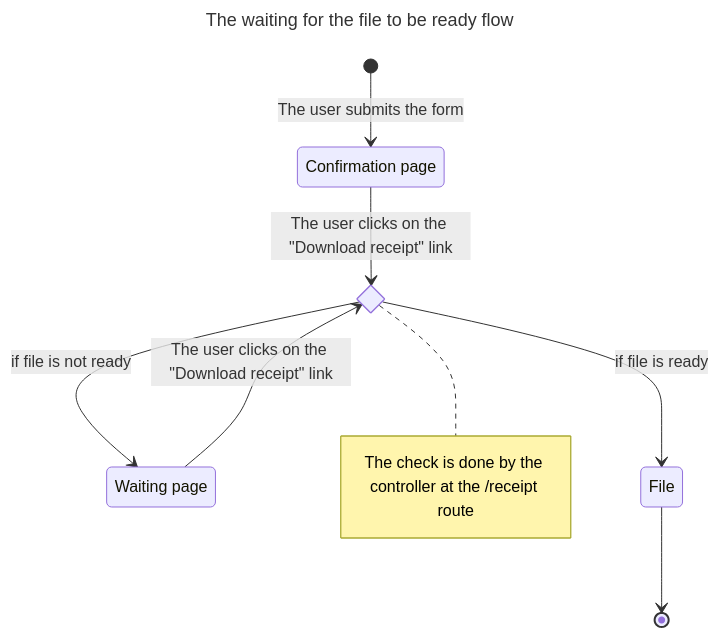
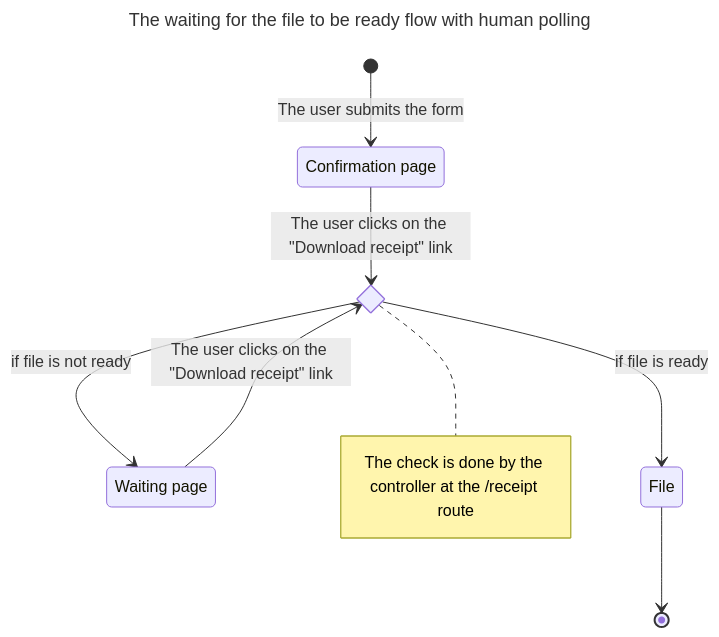
The first of 7 diagrams in README.md (SelrahcD/file-generation-experiment), drawn with Mermaid before and after one commit. The commit also changed other lines of this file, not shown here.

Commit message:
Add graphs

````diff
--- a/README.md
+++ b/README.md
@@ -101,18 +101,18 @@
 ```mermaid
 ---
-title: The waiting for the file to be ready flow
+title: The waiting for the file to be ready flow with human polling
 ---
 stateDiagram-v2
     state "Confirmation page" as confirmation
     state "Waiting page" as waiting
     state receiptController <<choice>>
     state "File" as file
     
     [*] --> confirmation : The user submits the form
     confirmation --> receiptController : The user clicks on the "Download receipt" link
     waiting --> receiptController: The user clicks on the "Download receipt" link
     receiptController --> waiting : if file is not ready
     receiptController --> file : if file is ready
     file --> [*]
     note right of receiptController: The check is done by the controller at the /receipt route
 ```
````
